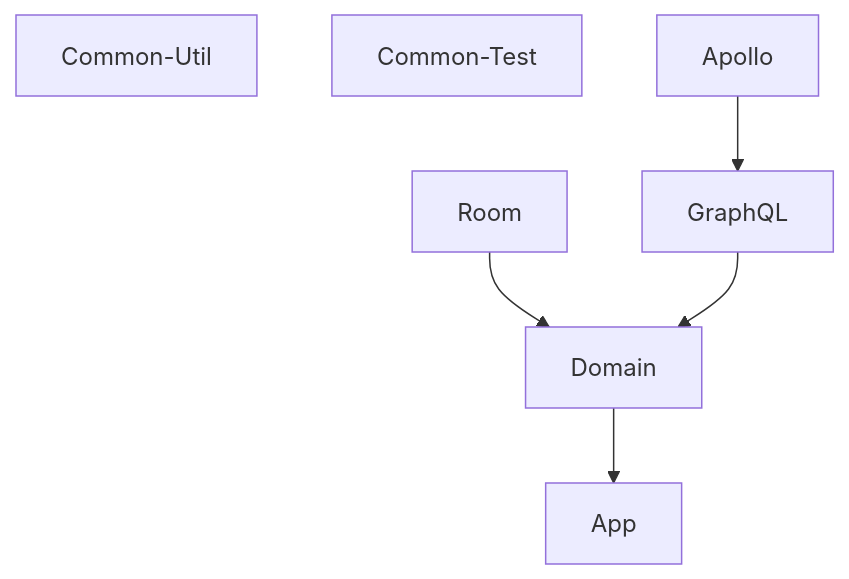
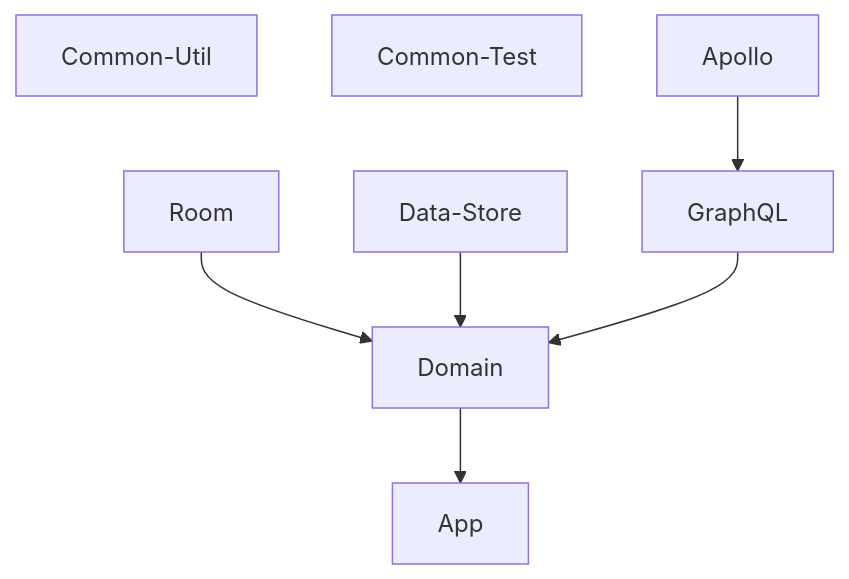
The diagram in README.md (vkondrav/rick_and_morty_compose), drawn with Mermaid before and after one commit. The commit also changed 14 other files, not shown here.

````diff
--- a/README.md
+++ b/README.md
@@ -17,16 +17,18 @@
 ```mermaid
   graph TD;
       U[Common-Util]
       T[Common-Test]
       L[Apollo]-->G[GraphQL]
       R[Room]-->D[Domain];
+      S[Data-Store]-->D;
       G-->D;
       D-->A[App];
       click L "https://github.com/vkondrav/rick_and_morty_compose/tree/main/apollo" "Go to module"
       click G "https://github.com/vkondrav/rick_and_morty_compose/tree/main/graphql" "Go to module"
       click R "https://github.com/vkondrav/rick_and_morty_compose/tree/main/room" "Go to module"
+      click S "https://github.com/vkondrav/rick_and_morty_compose/tree/main/data-store" "Go to module"
       click D "https://github.com/vkondrav/rick_and_morty_compose/tree/main/domain" "Go to module"
       click A "https://github.com/vkondrav/rick_and_morty_compose/tree/main/app" "Go to module"
       click U "https://github.com/vkondrav/rick_and_morty_compose/tree/main/common-util" "Go to module"
       click T "https://github.com/vkondrav/rick_and_morty_compose/tree/main/common-test" "Go to module"
 ```
````
